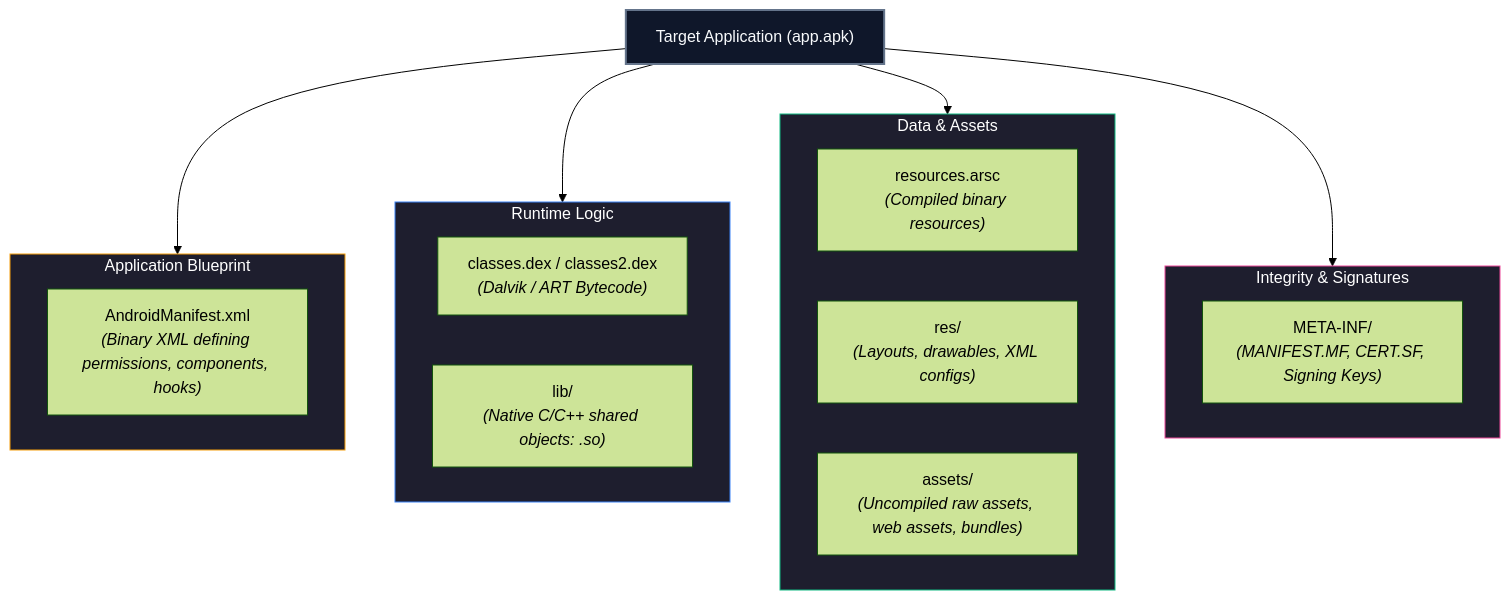
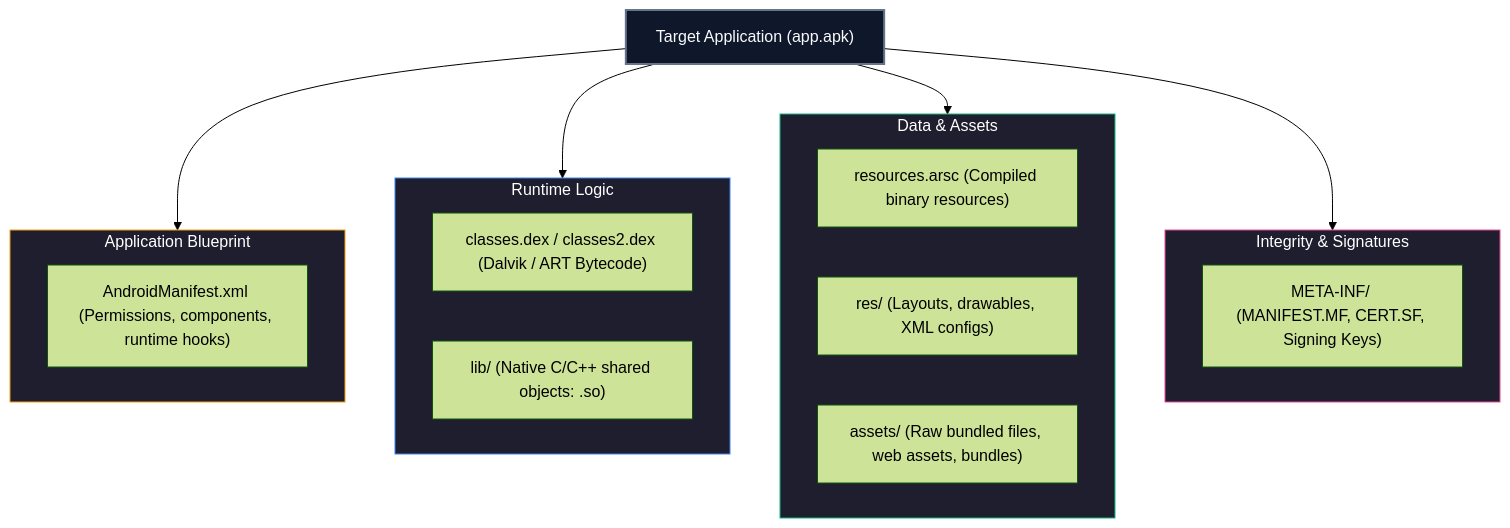
Before and after one commit to sivaoffl04/Cyber-Blog: the second of 15 diagrams in Android_pentest/Introduction, APK Analysis, JADX & MobSF/Android_pentest_part-1.MD, drawn with Mermaid (forest theme). The commit also changed other lines of this file, not shown here.

Commit message:
Fix Mermaid diagram compatibility for GitHub rendering

````diff
--- a/Android_pentest/Introduction, APK Analysis, JADX & MobSF/Android_pentest_part-1.MD
+++ b/Android_pentest/Introduction, APK Analysis, JADX & MobSF/Android_pentest_part-1.MD
@@ -83,34 +83,34 @@
 ```mermaid
 flowchart TB
     APK["Target Application (app.apk)"]
 
     subgraph Manifest["Application Blueprint"]
-        M1["AndroidManifest.xml<br/><i>(Binary XML defining permissions, components, hooks)</i>"]
+        M1["AndroidManifest.xml (Permissions, components, runtime hooks)"]
     end
 
     subgraph Executables["Runtime Logic"]
-        E1["classes.dex / classes2.dex<br/><i>(Dalvik / ART Bytecode)</i>"]
-        E2["lib/<br/><i>(Native C/C++ shared objects: .so)</i>"]
+        E1["classes.dex / classes2.dex (Dalvik / ART Bytecode)"]
+        E2["lib/ (Native C/C++ shared objects: .so)"]
     end
 
     subgraph AssetsResources["Data & Assets"]
-        R1["resources.arsc<br/><i>(Compiled binary resources)</i>"]
-        R2["res/<br/><i>(Layouts, drawables, XML configs)</i>"]
-        R3["assets/<br/><i>(Uncompiled raw assets, web assets, bundles)</i>"]
+        R1["resources.arsc (Compiled binary resources)"]
+        R2["res/ (Layouts, drawables, XML configs)"]
+        R3["assets/ (Raw bundled files, web assets, bundles)"]
     end
 
     subgraph Verification["Integrity & Signatures"]
-        S1["META-INF/<br/><i>(MANIFEST.MF, CERT.SF, Signing Keys)</i>"]
+        S1["META-INF/ (MANIFEST.MF, CERT.SF, Signing Keys)"]
     end
 
     APK --> Manifest
     APK --> Executables
     APK --> AssetsResources
     APK --> Verification
 
     style APK fill:#0f172a,stroke:#64748b,stroke-width:2px,color:#f8fafc
     style Manifest fill:#1e1e2e,stroke:#f59e0b,stroke-width:1px,color:#fff
     style Executables fill:#1e1e2e,stroke:#3b82f6,stroke-width:1px,color:#fff
     style AssetsResources fill:#1e1e2e,stroke:#10b981,stroke-width:1px,color:#fff
     style Verification fill:#1e1e2e,stroke:#ec4899,stroke-width:1px,color:#fff
 ```
````
